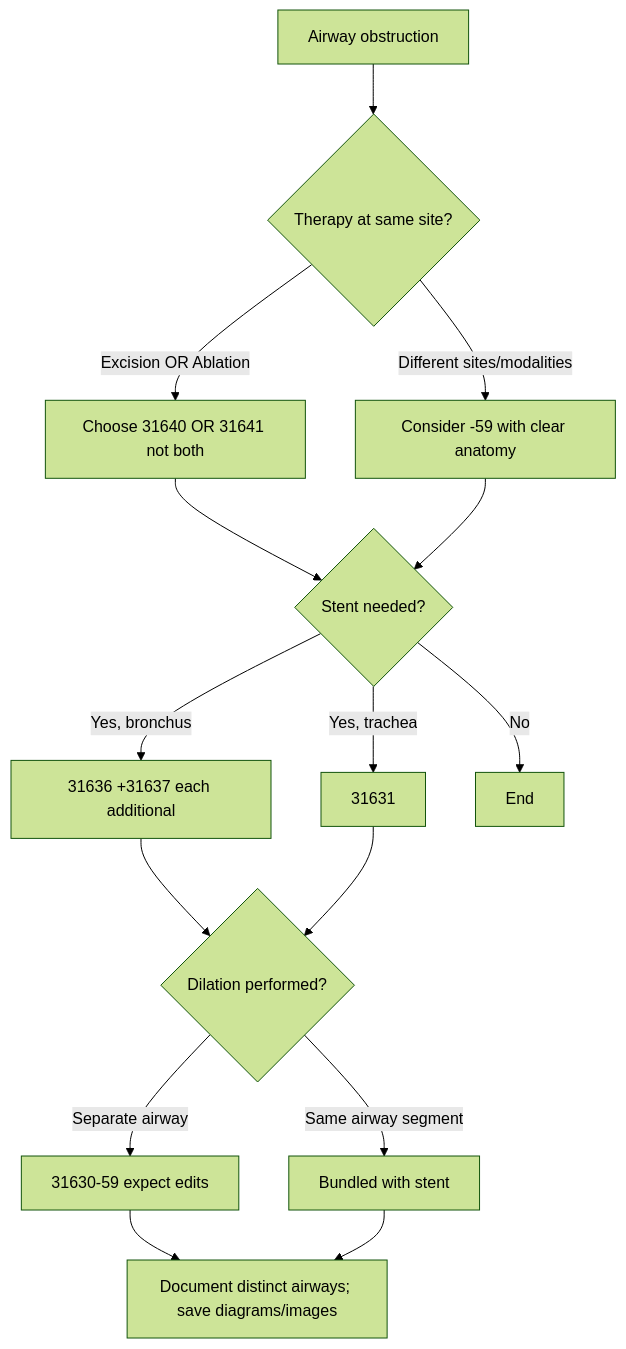
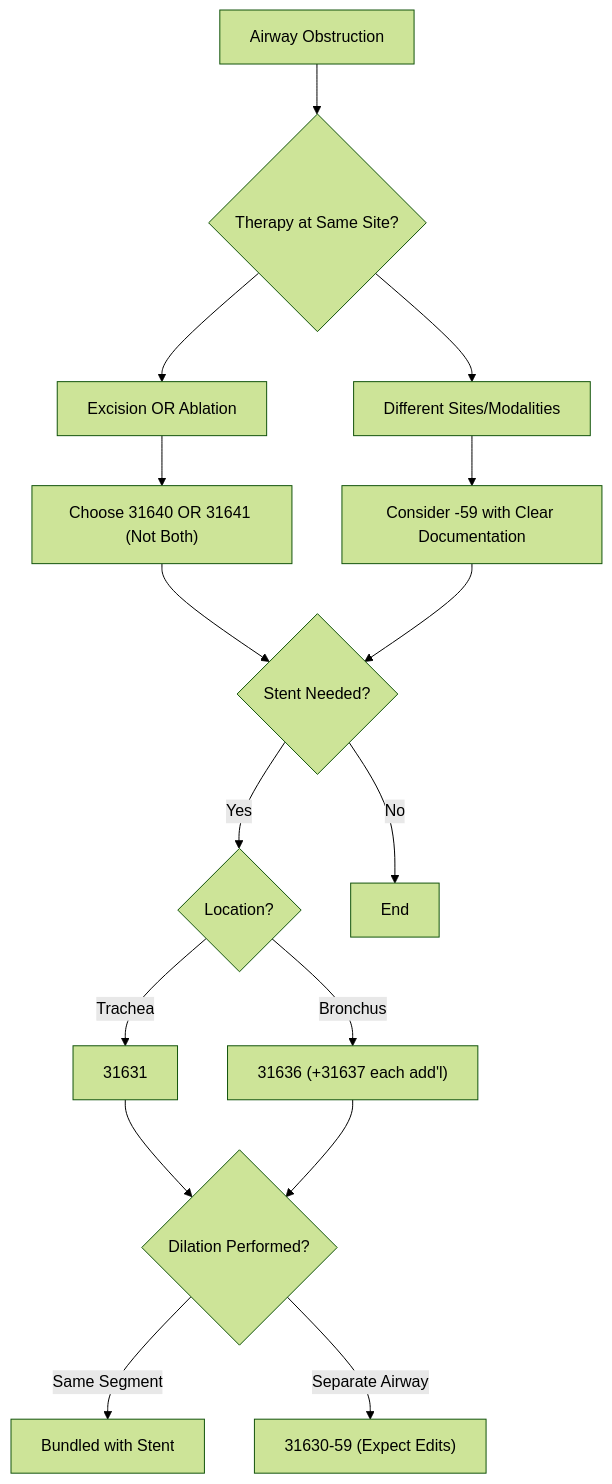
The second of 2 diagrams in content/modules/board/coding-and-billing.mdx (russellmiller49/Interventional-Pulm-Education-Project), drawn with Mermaid (forest theme) before and after one commit. The commit also changed other lines of this file and 45 other files, not shown here.

````diff
--- a/content/modules/board/coding-and-billing.mdx
+++ b/content/modules/board/coding-and-billing.mdx
@@ -580,17 +124,18 @@
 ```mermaid
-flowchart TD
-A[Airway obstruction] --> B{Therapy at same site?}
-B -->|Excision OR Ablation| C[Choose 31640 OR 31641 not both]
-B -->|Different sites/modalities| D[Consider -59 with clear anatomy]
-C --> E{Stent needed?}
-D --> E
-E -->|Yes, trachea| F[31631]
-E -->|Yes, bronchus| G[31636 +31637 each additional]
-E -->|No| H[End]
-G --> I{Dilation performed?}
-F --> I
-I -->|Same airway segment| J[Bundled with stent]
-I -->|Separate airway| K[31630-59 expect edits]
-K --> L[Document distinct airways; save diagrams/images]
-J --> L
+graph TD
+        A["Airway Obstruction"] --> B{"Therapy at Same Site?"}
+        B --> C["Excision OR Ablation"]
+        C --> C1["Choose 31640 OR 31641 (Not Both)"]
+        B --> D["Different Sites/Modalities"]
+        D --> D1["Consider -59 with Clear Documentation"]
+        C1 --> E{"Stent Needed?"}
+        D1 --> E
+        E -- Yes --> F{"Location?"}
+        F -- "Trachea" --> G["31631"]
+        F -- "Bronchus" --> H["31636 (+31637 each add'l)"]
+        E -- No --> I["End"]
+        G --> J{"Dilation Performed?"}
+        H --> J
+        J -- "Same Segment" --> K["Bundled with Stent"]
+        J -- "Separate Airway" --> L["31630-59 (Expect Edits)"]
 ```
````
